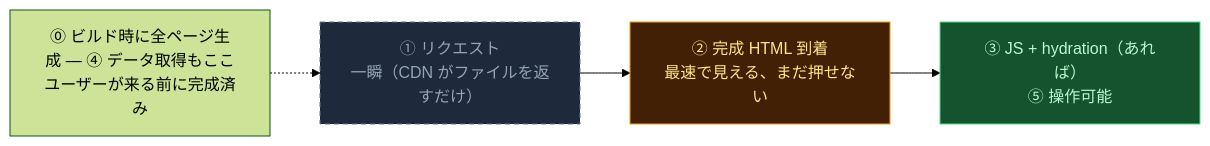
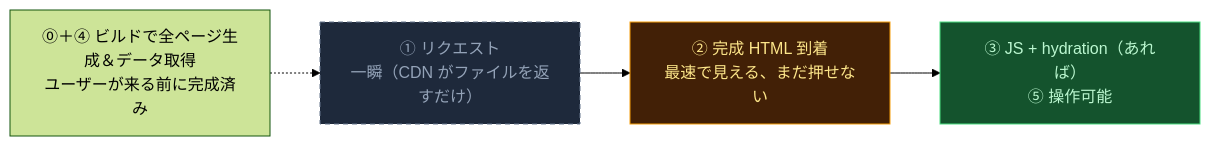
One commit to O6lvl4/O6lvl4-knowledge changed the fifth of 6 diagrams in vault/rendering-phases.md. Above: the diagram before and after it, drawn with Mermaid (forest theme). The commit also changed other lines of this file, not shown here.

Commit message:
SSR/SSG図のフェーズ表記を①＋④形式に統一

````diff
--- a/vault/rendering-phases.md
+++ b/vault/rendering-phases.md
@@ -104,12 +104,12 @@
 ```mermaid
 graph LR
-    Z["⓪ ビルド時に全ページ生成 — ④ データ取得もここ<br/>ユーザーが来る前に完成済み"] -.-> A
+    Z["⓪＋④ ビルドで全ページ生成＆データ取得<br/>ユーザーが来る前に完成済み"] -.-> A
     A["① リクエスト<br/>一瞬（CDN がファイルを返すだけ）"] --> B["② 完成 HTML 到着<br/>最速で見える、まだ押せない"]
     B --> C["③ JS + hydration（あれば）<br/>⑤ 操作可能"]
     classDef blank fill:#1E293B,stroke:#64748B,stroke-dasharray: 5 4,color:#94A3B8
     classDef visible fill:#422006,stroke:#F59E0B,color:#FDE68A
     classDef ready fill:#14532D,stroke:#4ADE80,color:#BBF7D0
     class A blank
     class B visible
     class C ready
 ```
````
